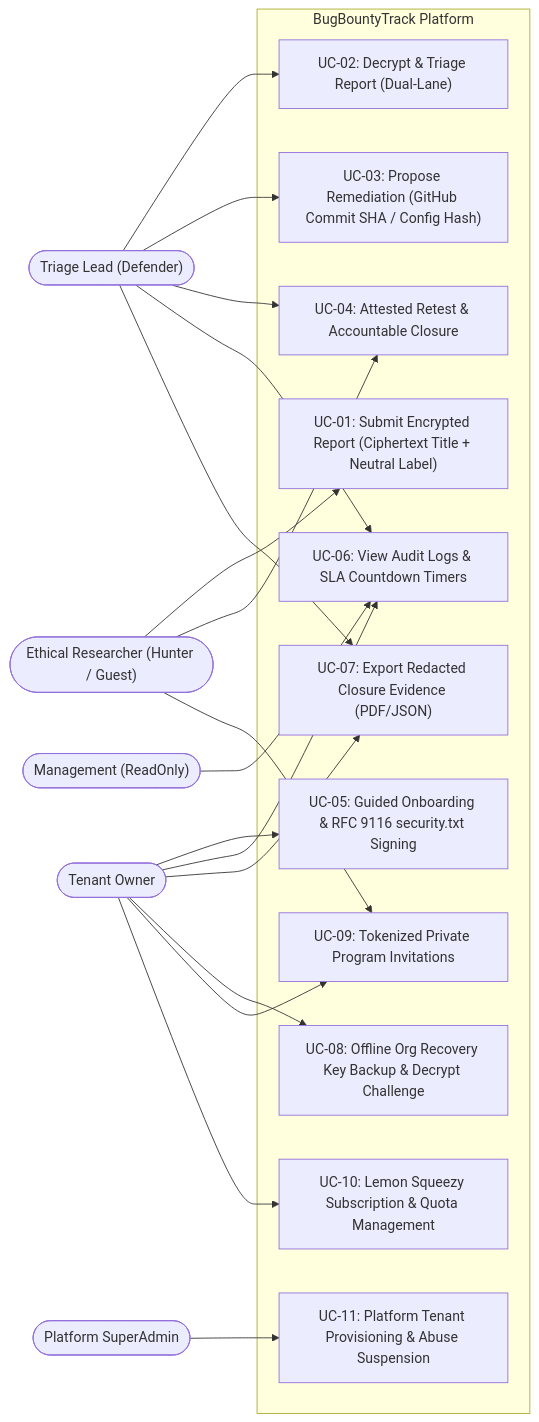
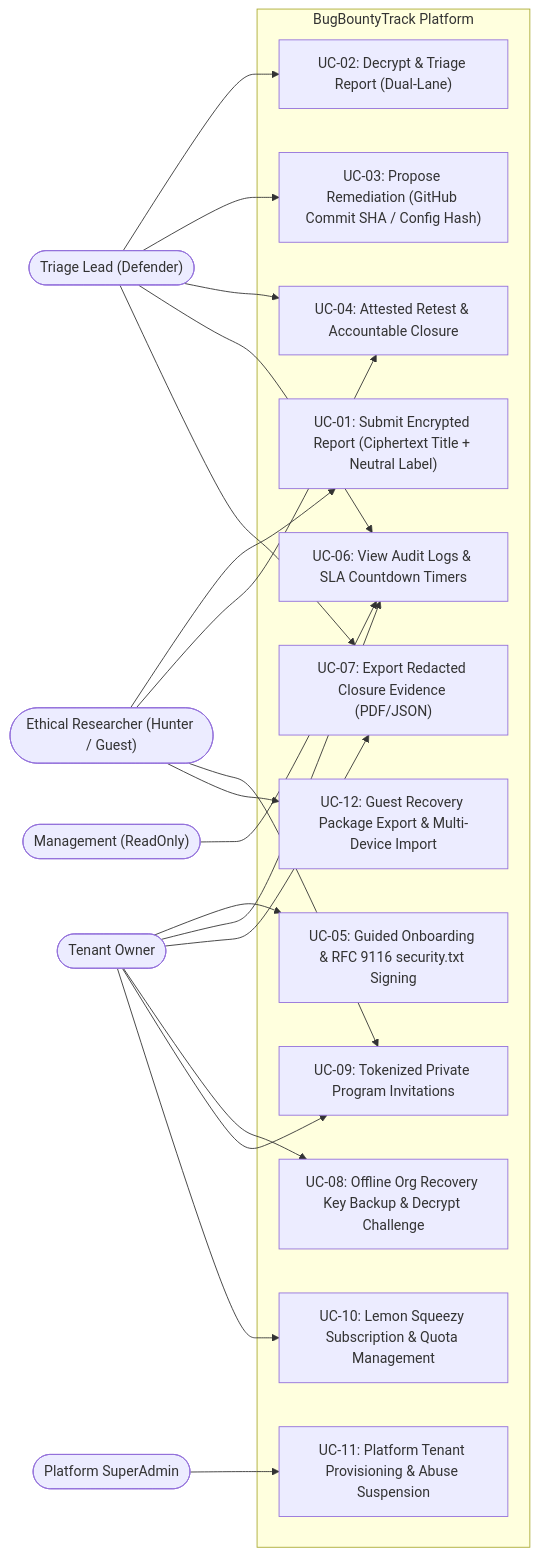
One commit to Taha-Asad/BugBountyTracker changed the second of 6 diagrams in requirements/SRS.md. Above: the diagram before and after it, drawn with Mermaid. The commit also changed other lines of this file and 26 other files, not shown here.

First line of the commit message:
fix(spec): resolve CVSS 8.22 coefficient, guest key recovery, program-defender schema, and balanced sprint schedule

````diff
--- a/requirements/SRS.md
+++ b/requirements/SRS.md
@@ -364,39 +372,41 @@
 ```mermaid
 flowchart LR
     Hunter(["Ethical Researcher (Hunter / Guest)"])
     Defender(["Triage Lead (Defender)"])
     Owner(["Tenant Owner"])
     ReadOnly(["Management (ReadOnly)"])
     Admin(["Platform SuperAdmin"])
 
     subgraph BugBountyTrack["BugBountyTrack Platform"]
         UC1["UC-01: Submit Encrypted Report (Ciphertext Title + Neutral Label)"]
         UC2["UC-02: Decrypt & Triage Report (Dual-Lane)"]
         UC3["UC-03: Propose Remediation (GitHub Commit SHA / Config Hash)"]
         UC4["UC-04: Attested Retest & Accountable Closure"]
         UC5["UC-05: Guided Onboarding & RFC 9116 security.txt Signing"]
         UC6["UC-06: View Audit Logs & SLA Countdown Timers"]
         UC7["UC-07: Export Redacted Closure Evidence (PDF/JSON)"]
         UC8["UC-08: Offline Org Recovery Key Backup & Decrypt Challenge"]
         UC9["UC-09: Tokenized Private Program Invitations"]
         UC10["UC-10: Lemon Squeezy Subscription & Quota Management"]
         UC11["UC-11: Platform Tenant Provisioning & Abuse Suspension"]
+        UC12["UC-12: Guest Recovery Package Export & Multi-Device Import"]
     end
 
     Hunter --> UC1
     Hunter --> UC4
     Hunter --> UC9
+    Hunter --> UC12
     Defender --> UC2
     Defender --> UC3
     Defender --> UC4
     Defender --> UC6
     Defender --> UC7
     Owner --> UC5
     Owner --> UC6
     Owner --> UC7
     Owner --> UC8
     Owner --> UC9
     Owner --> UC10
     ReadOnly --> UC6
     Admin --> UC11
 ```
````
